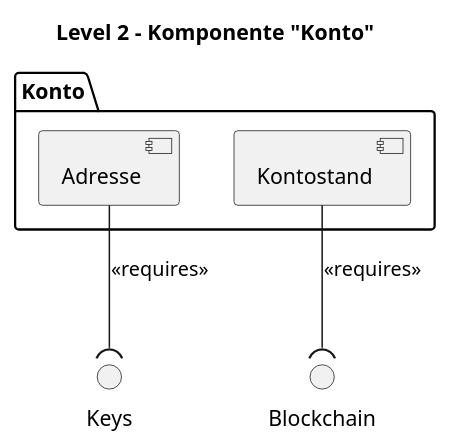
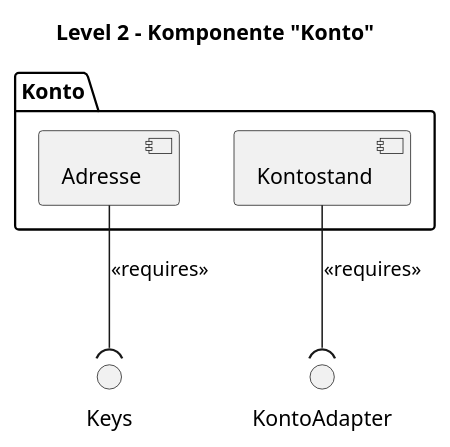
The third of 6 diagrams in docs/arc42/arc42-Api/API.md (bjoern621/VSP-Blockchain), drawn with PlantUML before and after one commit. The commit also changed other lines of this file and 25 other files, not shown here.

`````diff
--- a/docs/arc42/arc42-Api/API.md
+++ b/docs/arc42/arc42-Api/API.md
@@ -368,19 +370,19 @@
     ````plantuml
     @startuml
     title Level 2 – Komponente "Konto"
     
     skinparam interfaceStyle uml
     
     package "Konto" {
     
         component "Adresse" as Adresse
     
         component "Kontostand" as Kontostand
     }
     
-    interface "Blockchain" as IBalanceReq
+    interface "KontoAdapter" as IBalanceReq
     Kontostand --( IBalanceReq : <<requires>>
     interface "Keys" as KeyReq
     Adresse --( KeyReq : <<requires>>
     @enduml
     ````
`````
